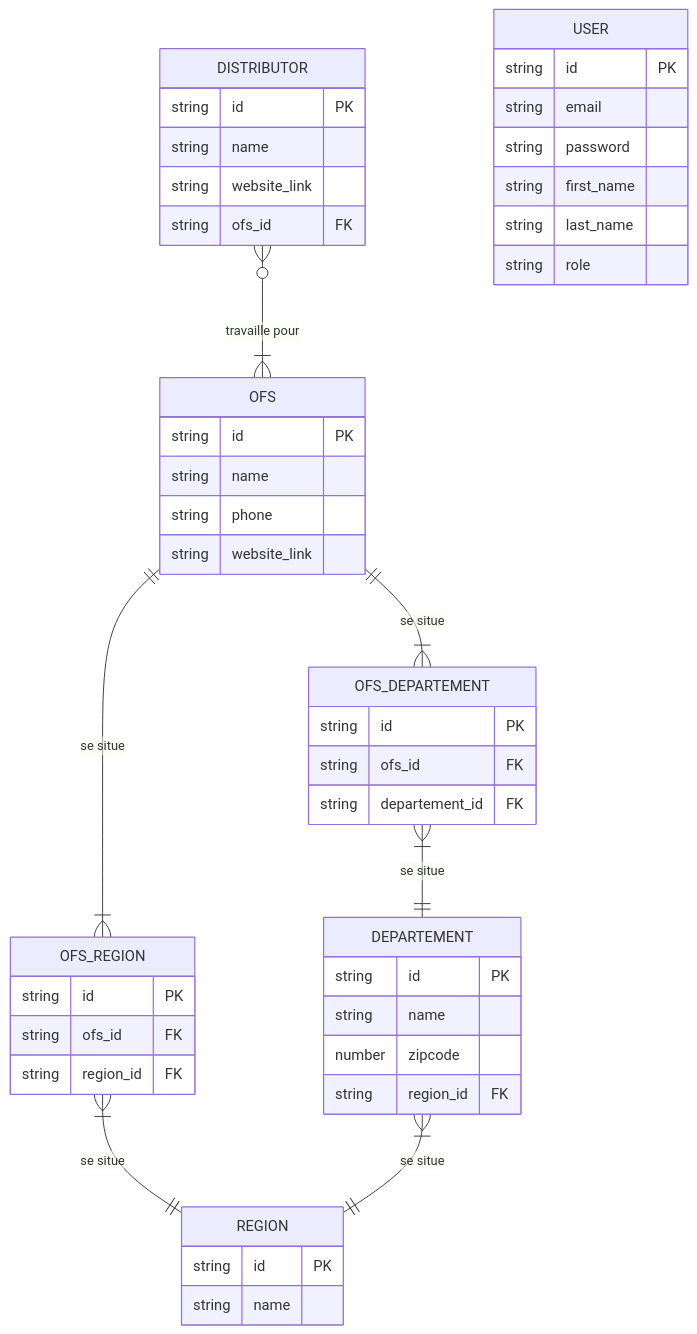
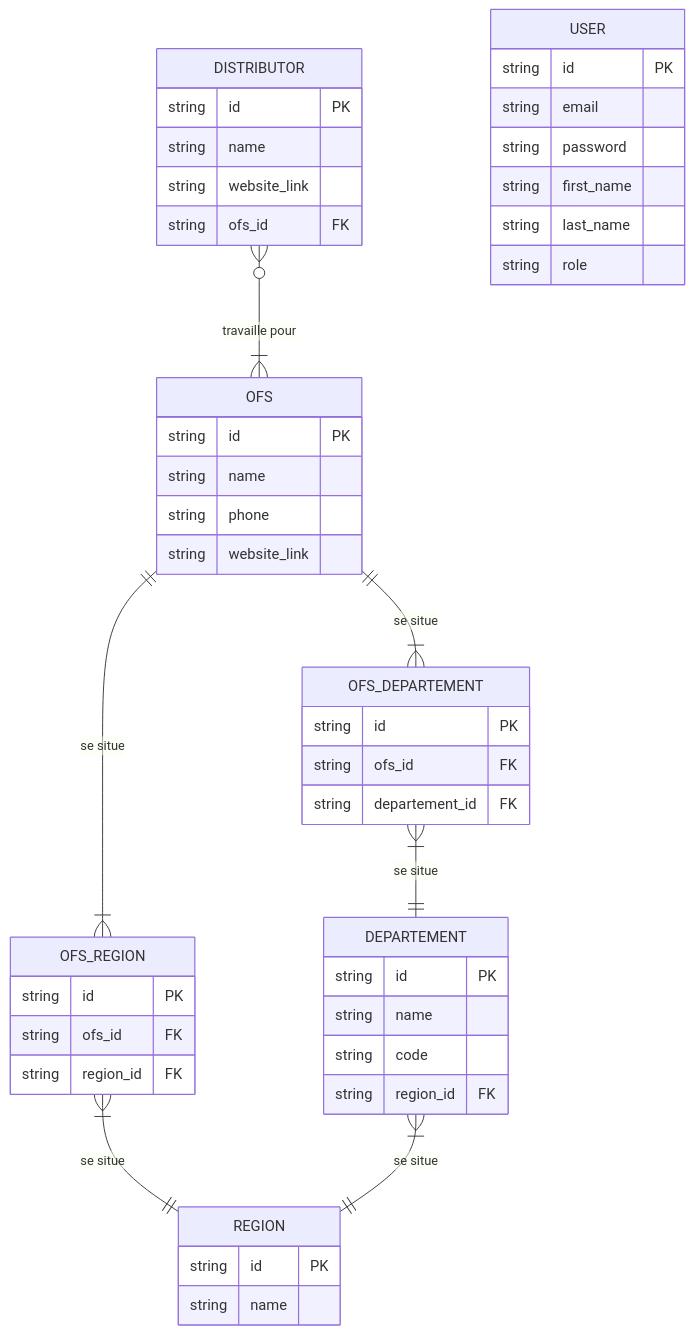
Before and after one commit to MTES-MCT/boris: the diagram in apps/backend/doc/entities-relationships-diagram.mermaid, drawn with Mermaid. The commit also changed 10 other files, not shown here.

Commit message:
feat: replace zipcode(number) by code(string) on departement table

```diff
--- a/apps/backend/doc/entities-relationships-diagram.mermaid
+++ b/apps/backend/doc/entities-relationships-diagram.mermaid
@@ -1,64 +1,64 @@
 erDiagram
     %% -------------------
     %% |  RELATIONSHIPS  |
     %% -------------------
 
     OFS ||--|{ OFS_REGION : "se situe"
     OFS_REGION }|--|| REGION : "se situe"
     OFS ||--|{ OFS_DEPARTEMENT : "se situe"
     OFS_DEPARTEMENT }|--|| DEPARTEMENT : "se situe"
     DEPARTEMENT }|--|| REGION : "se situe"
     DISTRIBUTOR }o--|{ OFS : "travaille pour"
 
     %% todo: confirmer le type de relation entre DISTRIBUTOR et OFS
 
     %% -------------------
     %% |    ENTITIES     |
     %% -------------------
 
     OFS {
         string id PK
         string name
         string phone
         string website_link
     }
 
     REGION {
       string id PK
       string name
     }
 
     OFS_REGION {
       string id PK
       string ofs_id FK
       string region_id FK
     }
 
     DEPARTEMENT {
       string id PK
       string name
-      number zipcode
+      string code
       string region_id FK
     }
 
     OFS_DEPARTEMENT {
       string id PK
       string ofs_id FK
       string departement_id FK
     }
 
     DISTRIBUTOR {
       string id PK
       string name
       string website_link
       string ofs_id FK
     }
 
     USER {
       string id PK
       string email
       string password
       string first_name
       string last_name
       string role
     }
```
